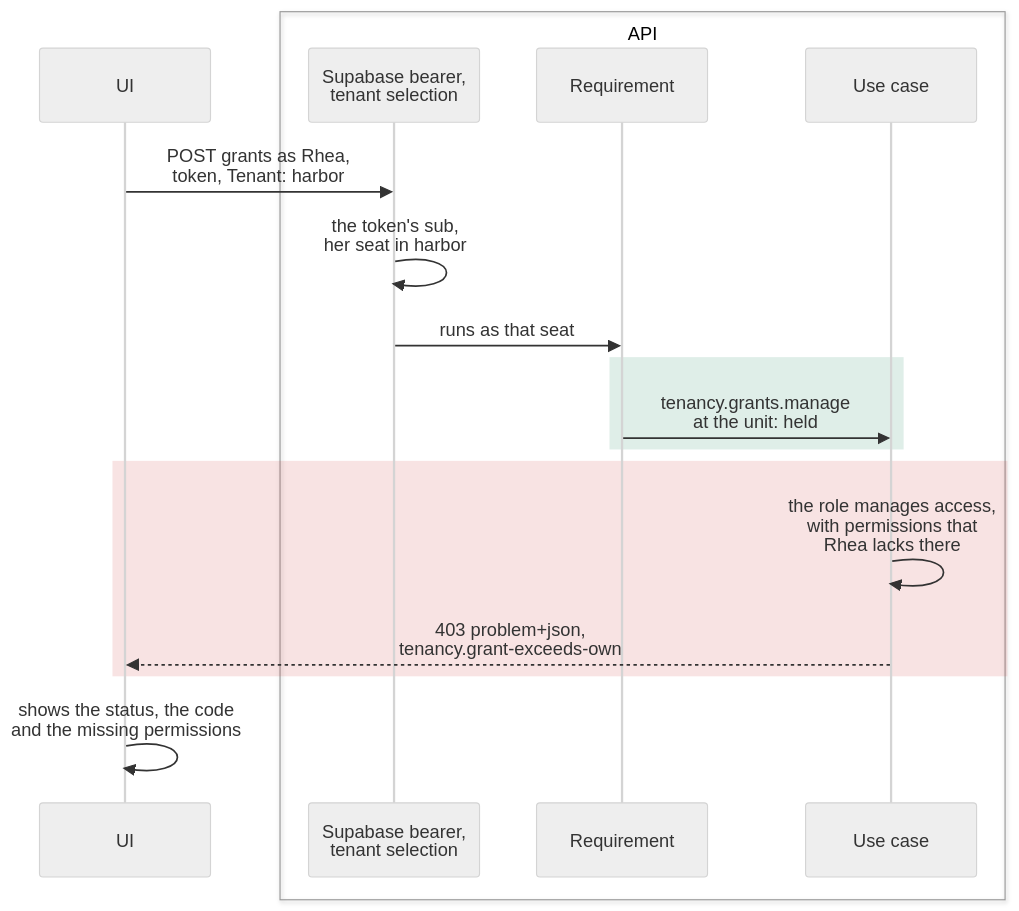
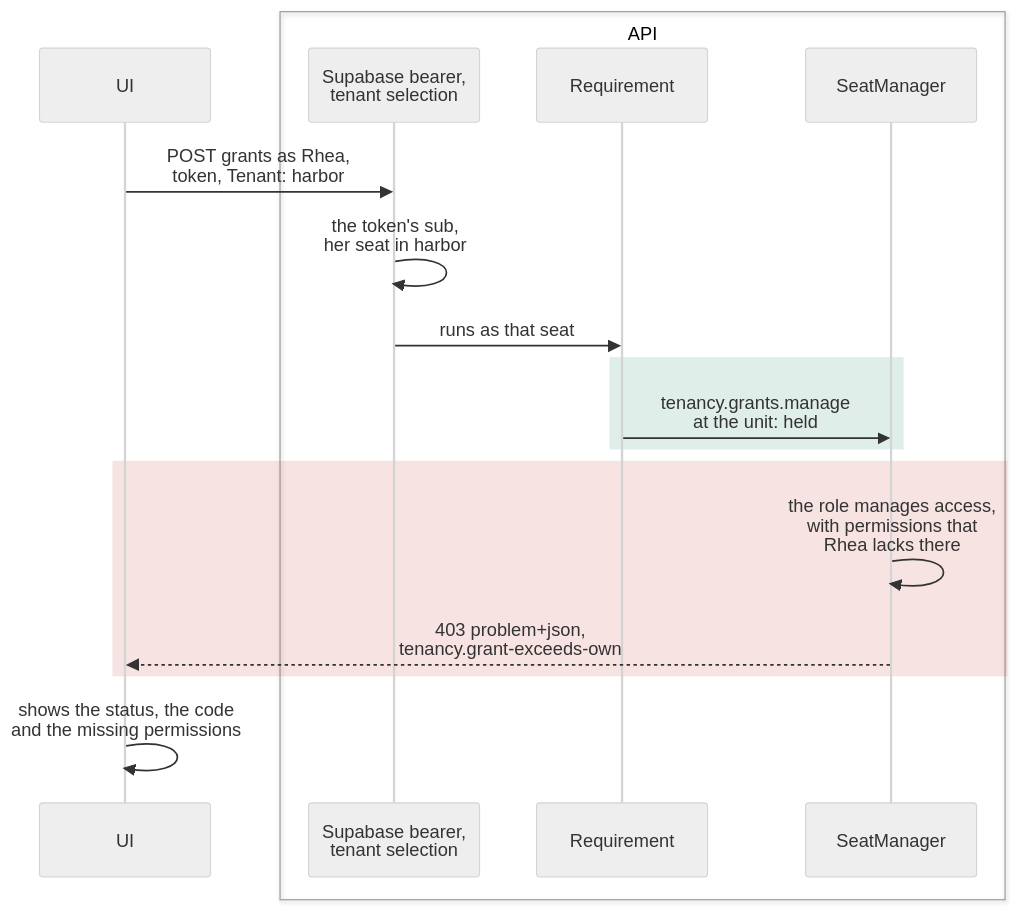
One commit to DylanSnel/DDDToolkit changed the diagram in docs/tenancy/sample/try-it.md. Above: the diagram before and after it, drawn with Mermaid (neutral theme). The commit also changed other lines of this file and 24 other files, not shown here.

````diff
--- a/docs/tenancy/sample/try-it.md
+++ b/docs/tenancy/sample/try-it.md
@@ -70,21 +70,21 @@
 ```mermaid
 sequenceDiagram
     participant UI
     box API
         participant Bearer as Supabase bearer,<br/>tenant selection
         participant Requirement
-        participant UseCase as Use case
+        participant UseCase as SeatManager
     end
 
     UI->>Bearer: POST grants as Rhea,<br/>token, Tenant: harbor
     Bearer->>Bearer: the token's sub,<br/>her seat in harbor
     Bearer->>Requirement: runs as that seat
     rect rgba(31, 138, 91, 0.14)
         Requirement->>UseCase: tenancy.grants.manage<br/>at the unit: held
     end
     rect rgba(201, 60, 60, 0.14)
         UseCase->>UseCase: the role manages access,<br/>with permissions that<br/>Rhea lacks there
         UseCase-->>UI: 403 problem+json,<br/>tenancy.grant-exceeds-own
     end
     UI->>UI: shows the status, the code<br/>and the missing permissions
 ```
````
